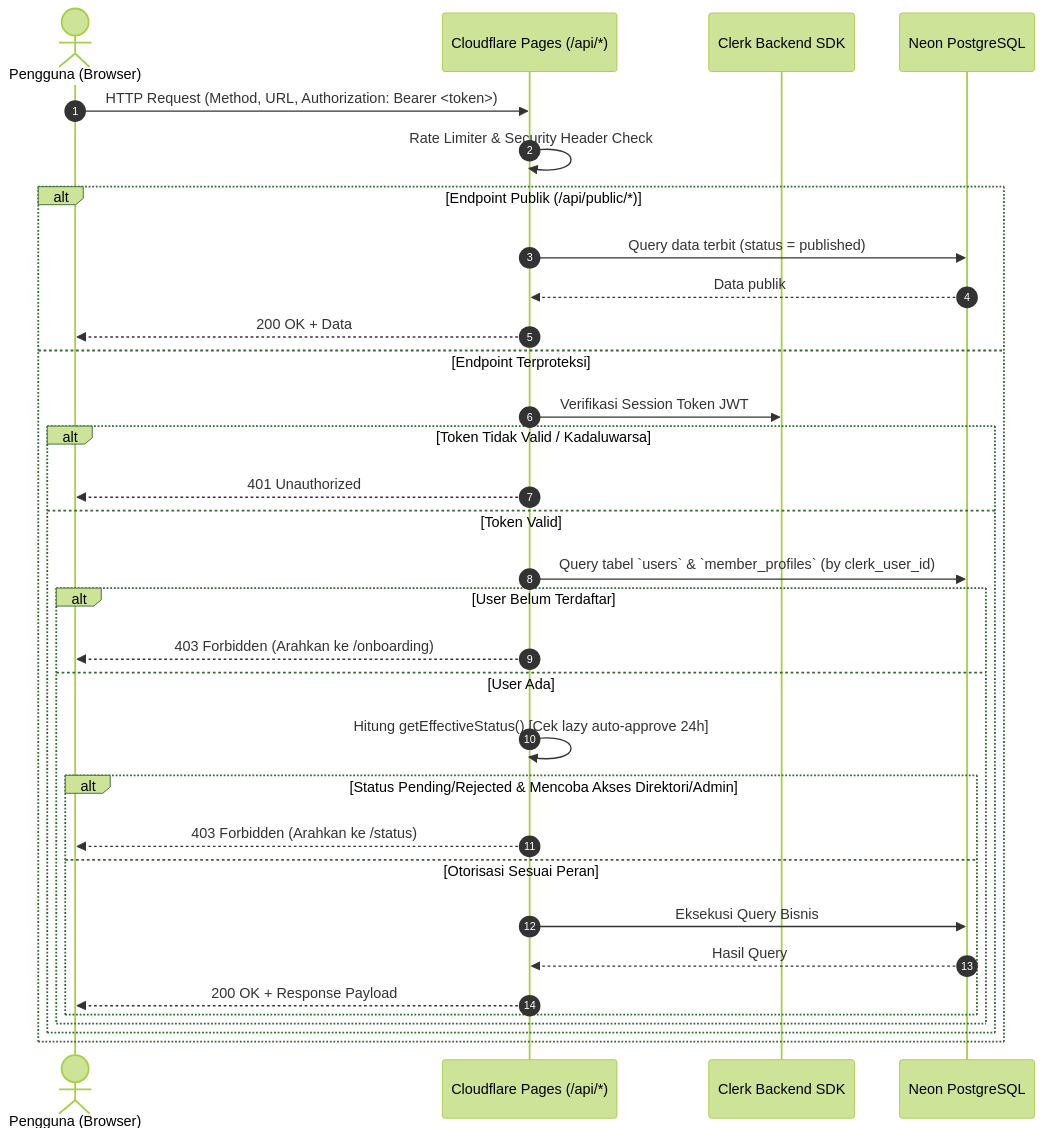
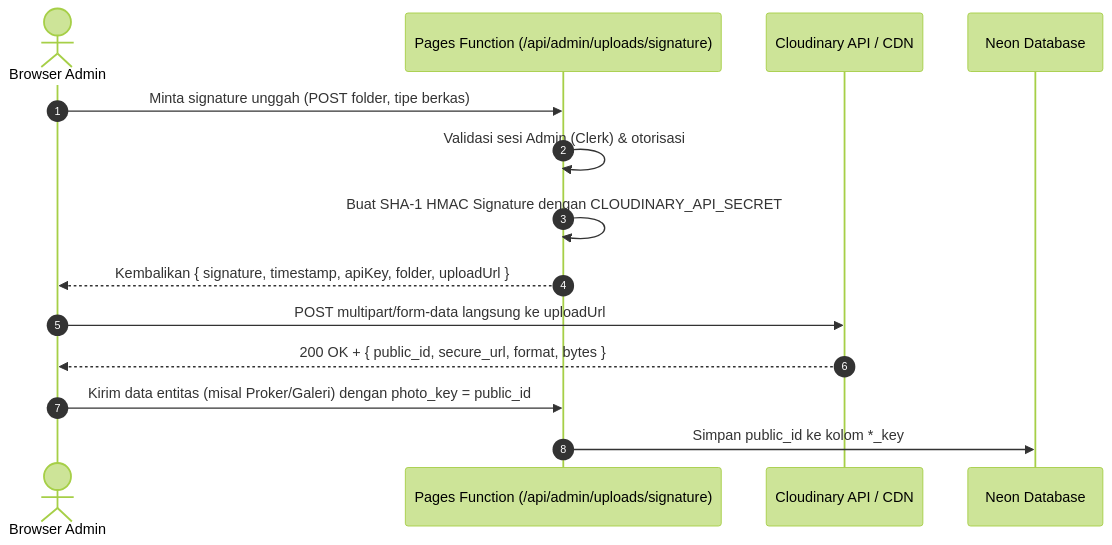
Before and after one commit to NagataRafi/KAPPAMA: the second of 2 diagrams in arsitektur.md, drawn with Mermaid (forest theme). The commit also changed other lines of this file and 15 other files, not shown here.

````diff
--- a/arsitektur.md
+++ b/arsitektur.md
@@ -100,36 +113,17 @@
-```mermaid
-sequenceDiagram
-    autonumber
-    actor User as Pengguna (Browser)
-    participant Edge as Cloudflare Pages (/api/*)
-    participant Clerk as Clerk Backend SDK
-    participant DB as Neon PostgreSQL
+   ```mermaid
+   sequenceDiagram
+       autonumber
+       actor Admin as Browser Admin
+       participant Function as Pages Function (/api/admin/uploads/signature)
+       participant Cloudinary as Cloudinary API / CDN
+       participant DB as Neon Database
 
-    User->>Edge: HTTP Request (Method, URL, Authorization: Bearer <token>)
-    Edge->>Edge: Rate Limiter & Security Header Check
-    
-    alt Endpoint Publik (/api/public/*)
-        Edge->>DB: Query data terbit (status = published)
-        DB-->>Edge: Data publik
-        Edge-->>User: 200 OK + Data
-    else Endpoint Terproteksi
-        Edge->>Clerk: Verifikasi Session Token JWT
-        alt Token Tidak Valid / Kadaluwarsa
-            Edge-->>User: 401 Unauthorized
-        else Token Valid
-            Edge->>DB: Query tabel `users` & `member_profiles` (by clerk_user_id)
-            alt User Belum Terdaftar
-                Edge-->>User: 403 Forbidden (Arahkan ke /onboarding)
-            else User Ada
-                Edge->>Edge: Hitung getEffectiveStatus() [Cek lazy auto-approve 24h]
-                alt Status Pending/Rejected & Mencoba Akses Direktori/Admin
-                    Edge-->>User: 403 Forbidden (Arahkan ke /status)
-                else Otorisasi Sesuai Peran
-                    Edge->>DB: Eksekusi Query Bisnis
-                    DB-->>Edge: Hasil Query
-                    Edge-->>User: 200 OK + Response Payload
-                end
-            end
-        end
-    end
-```
+       Admin->>Function: Minta signature unggah (POST folder, tipe berkas)
+       Function->>Function: Validasi sesi Admin (Clerk) & otorisasi
+       Function->>Function: Buat SHA-1 HMAC Signature dengan CLOUDINARY_API_SECRET
+       Function-->>Admin: Kembalikan { signature, timestamp, apiKey, folder, uploadUrl }
+       Admin->>Cloudinary: POST multipart/form-data langsung ke uploadUrl
+       Cloudinary-->>Admin: 200 OK + { public_id, secure_url, format, bytes }
+       Admin->>Function: Kirim data entitas (misal Proker/Galeri) dengan photo_key = public_id
+       Function->>DB: Simpan public_id ke kolom *_key
+   ```
````
